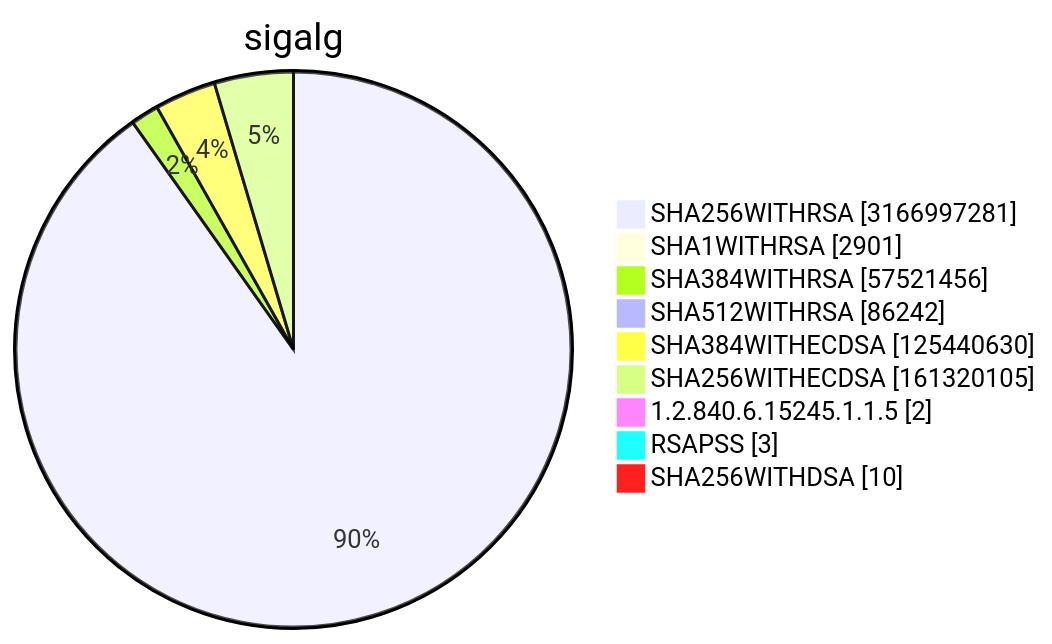
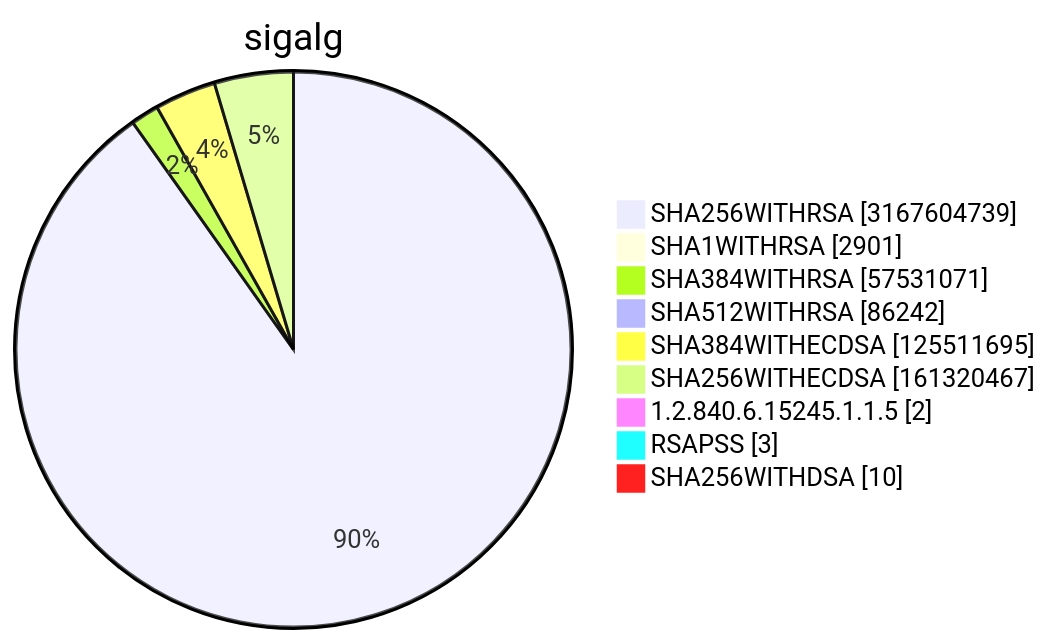
Before and after one commit to christiankrug/ctmonitor_visualization: diagram 15 of 15 in TOTAL/README.md, drawn with Mermaid. The commit also changed other lines of this file, not shown here.

````diff
--- a/TOTAL/README.md
+++ b/TOTAL/README.md
@@ -6215,13 +6215,13 @@
 ```mermaid
 pie showData
 title sigalg
-"SHA256WITHRSA" :3166997281
+"SHA256WITHRSA" :3167604739
 "SHA1WITHRSA" :2901
-"SHA384WITHRSA" :57521456
+"SHA384WITHRSA" :57531071
 "SHA512WITHRSA" :86242
-"SHA384WITHECDSA" :125440630
-"SHA256WITHECDSA" :161320105
+"SHA384WITHECDSA" :125511695
+"SHA256WITHECDSA" :161320467
 "1.2.840.6.15245.1.1.5" :2
 "RSAPSS" :3
 "SHA256WITHDSA" :10
 ```
````
